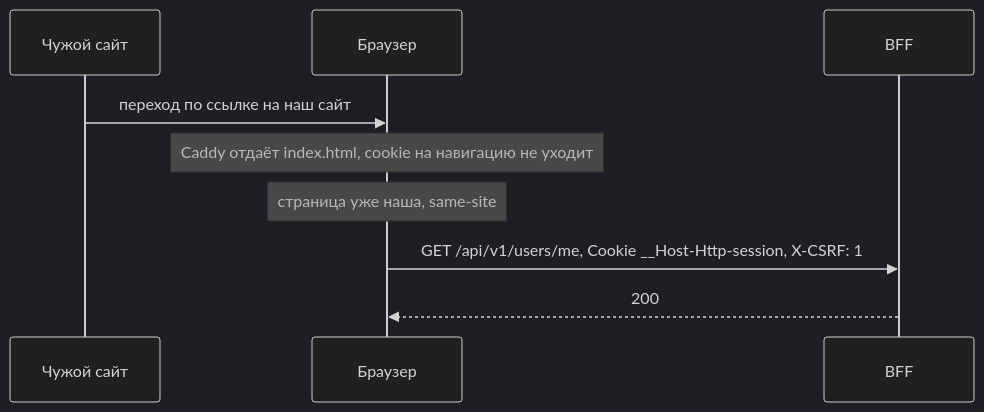
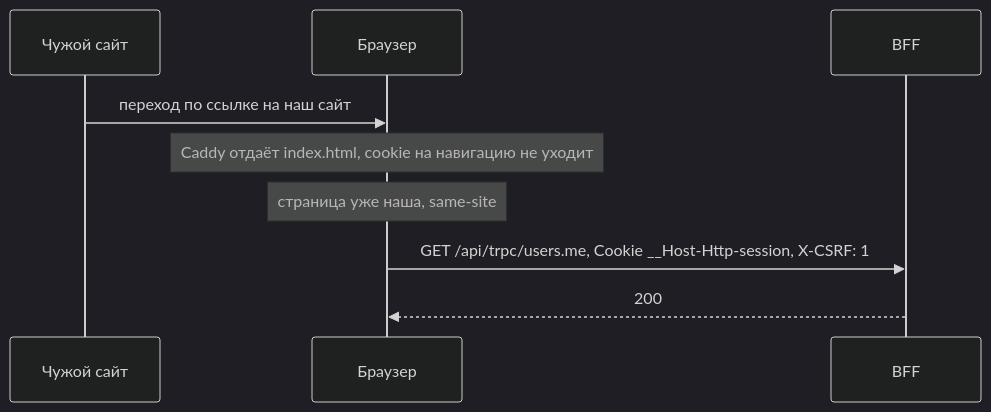
One commit to Cringe-Driven-Development-Team/docs changed the ninth of 10 diagrams in site/modules/2026-10/tracks/bff/auth.md. Above: the diagram before and after it, drawn with Mermaid (dark theme). The commit also changed other lines of this file and 1 other file, not shown here.

````diff
--- a/site/modules/2026-10/tracks/bff/auth.md
+++ b/site/modules/2026-10/tracks/bff/auth.md
@@ -333,11 +335,11 @@
 ```mermaid
 sequenceDiagram
   participant E as Чужой сайт
   participant B as Браузер
   participant P as BFF
   E->>B: переход по ссылке на наш сайт
   Note over B: Caddy отдаёт index.html, cookie на навигацию не уходит
   Note over B: страница уже наша, same-site
-  B->>P: GET /api/v1/users/me, Cookie __Host-Http-session, X-CSRF: 1
+  B->>P: GET /api/trpc/users.me, Cookie __Host-Http-session, X-CSRF: 1
   P-->>B: 200
 ```
````
